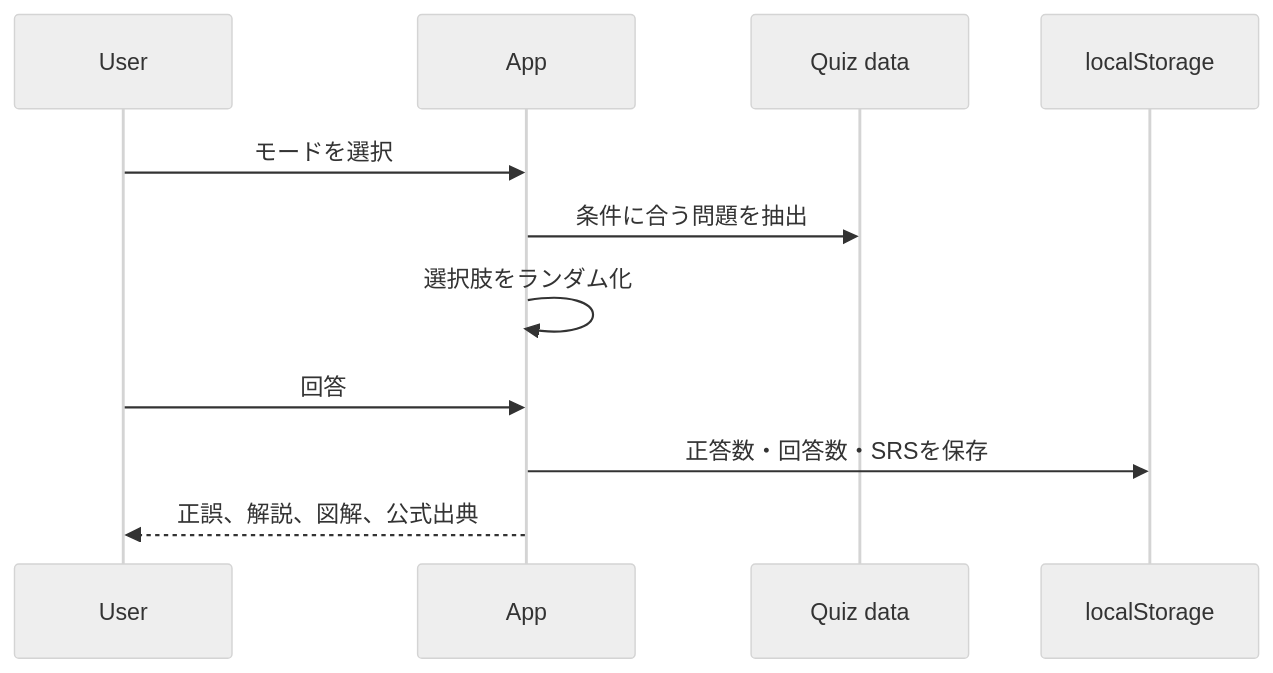
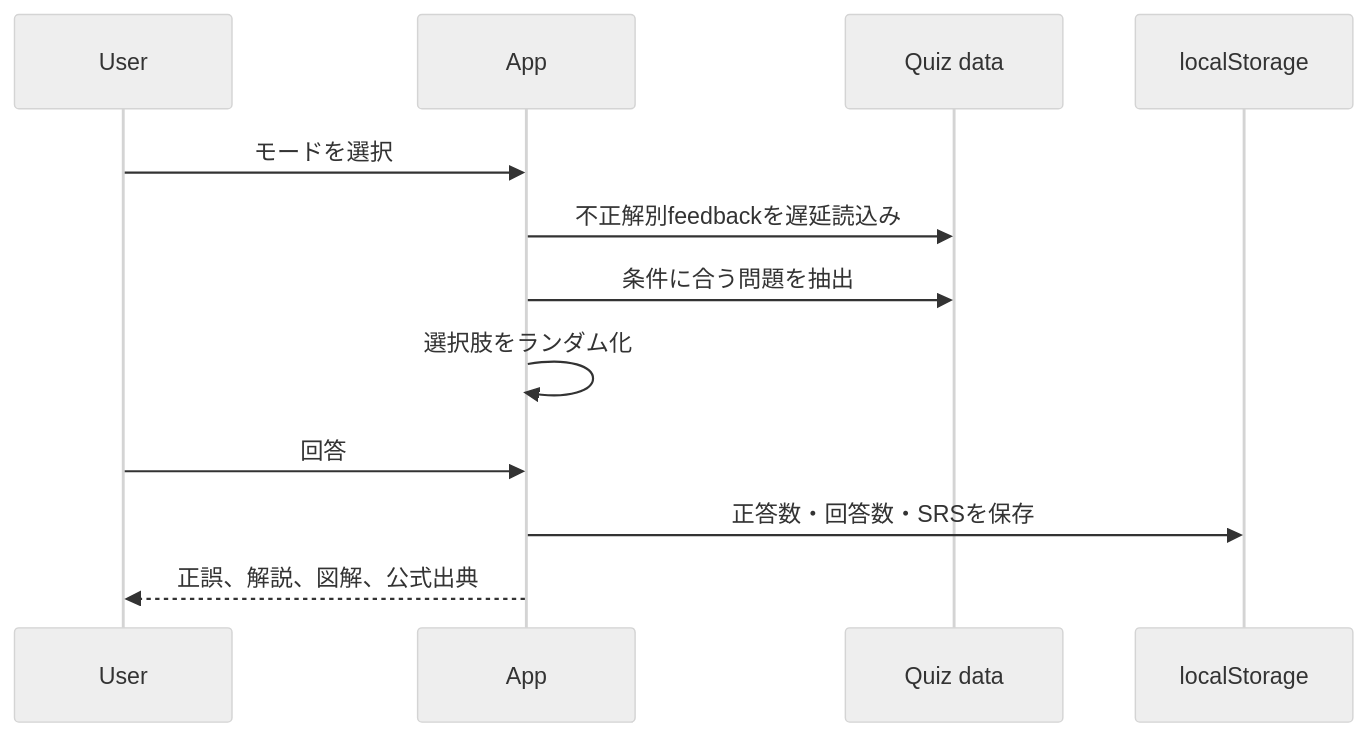
One commit to ip-san/codex-quiz changed the second of 3 diagrams in docs/ARCHITECTURE.md. Above: the diagram before and after it, drawn with Mermaid (neutral theme). The commit also changed other lines of this file and 8 other files, not shown here.

````diff
--- a/docs/ARCHITECTURE.md
+++ b/docs/ARCHITECTURE.md
@@ -37,14 +39,15 @@
 ```mermaid
 sequenceDiagram
   participant U as User
   participant A as App
   participant Q as Quiz data
   participant S as localStorage
 
   U->>A: モードを選択
+  A->>Q: 不正解別feedbackを遅延読込み
   A->>Q: 条件に合う問題を抽出
   A->>A: 選択肢をランダム化
   U->>A: 回答
   A->>S: 正答数・回答数・SRSを保存
   A-->>U: 正誤、解説、図解、公式出典
 ```
````
